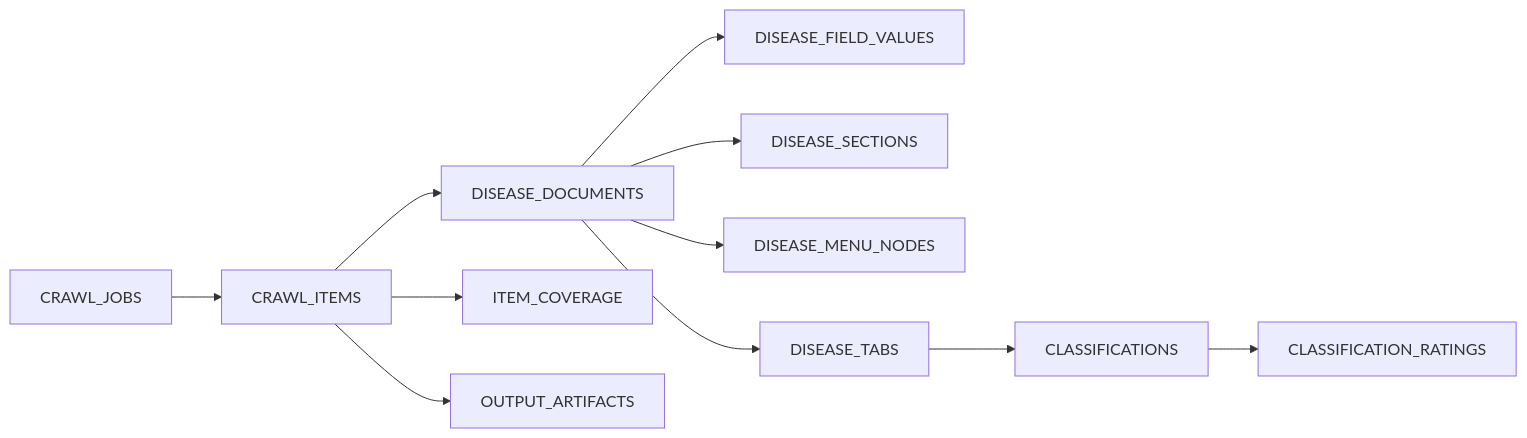
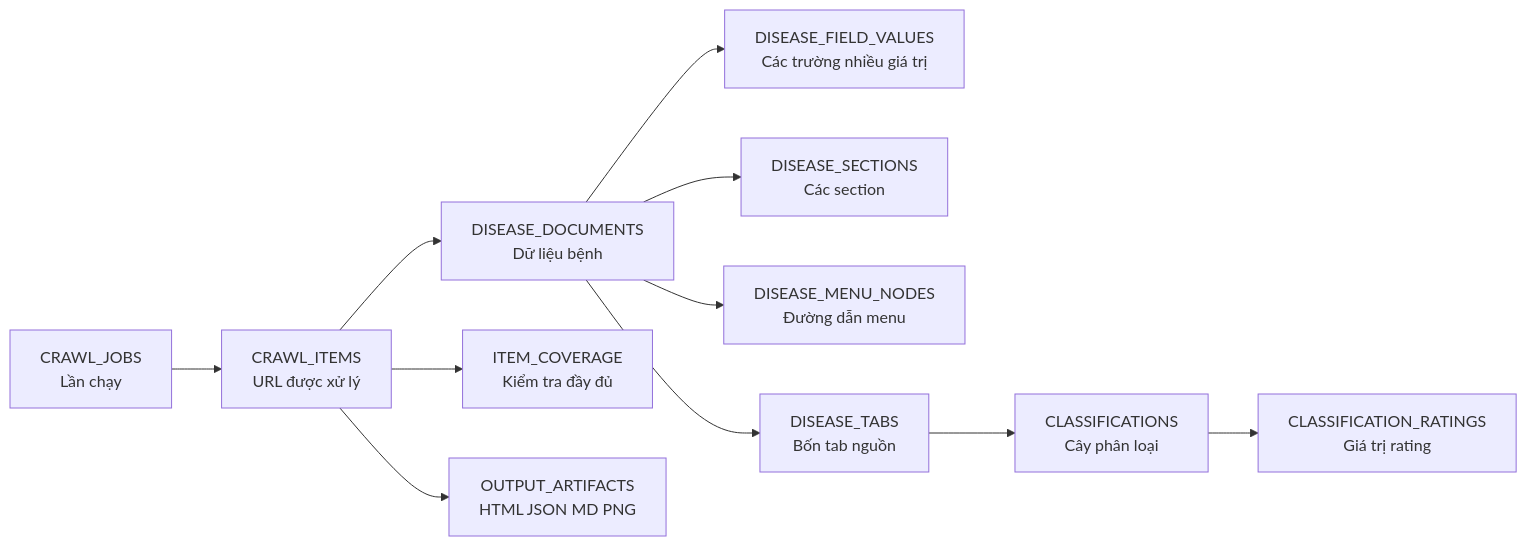
Before and after one commit to ChungNhatHao/ai-craw-data-medical: the second of 2 diagrams in docs/database/ORACLE_OUTPUT_ERD.md, drawn with Mermaid. The commit also changed other lines of this file and 8 other files, not shown here.

````diff
--- a/docs/database/ORACLE_OUTPUT_ERD.md
+++ b/docs/database/ORACLE_OUTPUT_ERD.md
@@ -203,13 +310,13 @@
 ```mermaid
 flowchart LR
-    J[CRAWL_JOBS] --> I[CRAWL_ITEMS]
-    I --> D[DISEASE_DOCUMENTS]
-    D --> F[DISEASE_FIELD_VALUES]
-    D --> S[DISEASE_SECTIONS]
-    D --> M[DISEASE_MENU_NODES]
-    D --> T[DISEASE_TABS]
-    T --> C[CLASSIFICATIONS]
-    C --> R[CLASSIFICATION_RATINGS]
-    I --> V[ITEM_COVERAGE]
-    I --> A[OUTPUT_ARTIFACTS]
+    J[CRAWL_JOBS<br/>Lần chạy] --> I[CRAWL_ITEMS<br/>URL được xử lý]
+    I --> D[DISEASE_DOCUMENTS<br/>Dữ liệu bệnh]
+    D --> F[DISEASE_FIELD_VALUES<br/>Các trường nhiều giá trị]
+    D --> S[DISEASE_SECTIONS<br/>Các section]
+    D --> M[DISEASE_MENU_NODES<br/>Đường dẫn menu]
+    D --> T[DISEASE_TABS<br/>Bốn tab nguồn]
+    T --> C[CLASSIFICATIONS<br/>Cây phân loại]
+    C --> R[CLASSIFICATION_RATINGS<br/>Giá trị rating]
+    I --> V[ITEM_COVERAGE<br/>Kiểm tra đầy đủ]
+    I --> A[OUTPUT_ARTIFACTS<br/>HTML JSON MD PNG]
 ```
````
